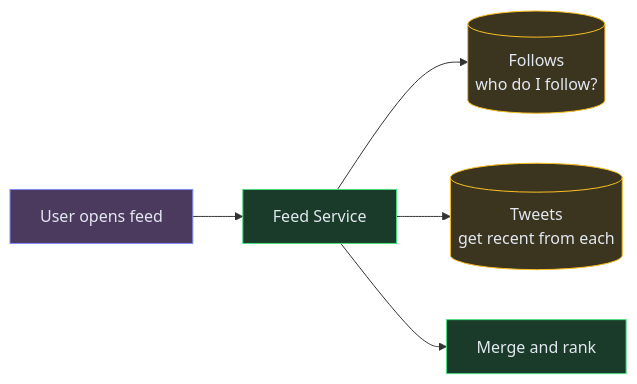
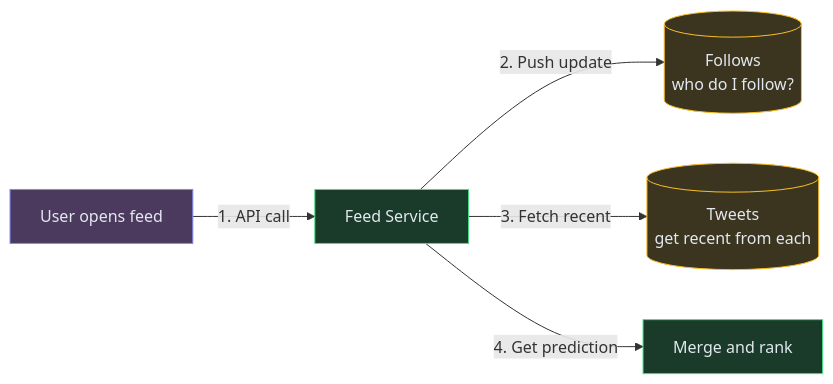
Before and after one commit to iluzn/HLD-Designs: the fourth of 12 diagrams in content/hld/TwitterFeed.md, drawn with Mermaid. The commit also changed other lines of this file and 27 other files, not shown here.

````diff
--- a/content/hld/TwitterFeed.md
+++ b/content/hld/TwitterFeed.md
@@ -152,17 +152,17 @@
 ```mermaid
 flowchart LR
     USER["User opens feed"]:::client
     FEED["Feed Service"]:::service
     FOLLOW[("Follows<br/>who do I follow?")]:::data
     TWEETS[("Tweets<br/>get recent from each")]:::data
     MERGE["Merge and rank"]:::service
 
-    USER --> FEED
-    FEED --> FOLLOW
-    FEED --> TWEETS
-    FEED --> MERGE
+    USER -->|"1. API call"| FEED
+    FEED -->|"2. Push update"| FOLLOW
+    FEED -->|"3. Fetch recent"| TWEETS
+    FEED -->|"4. Get prediction"| MERGE
 
     classDef client fill:#4c3a5e,stroke:#818cf8,color:#e2e8f0
     classDef service fill:#1a3a2a,stroke:#4ade80,color:#e2e8f0
     classDef data fill:#3b3520,stroke:#fbbf24,color:#e2e8f0
 ```
````
